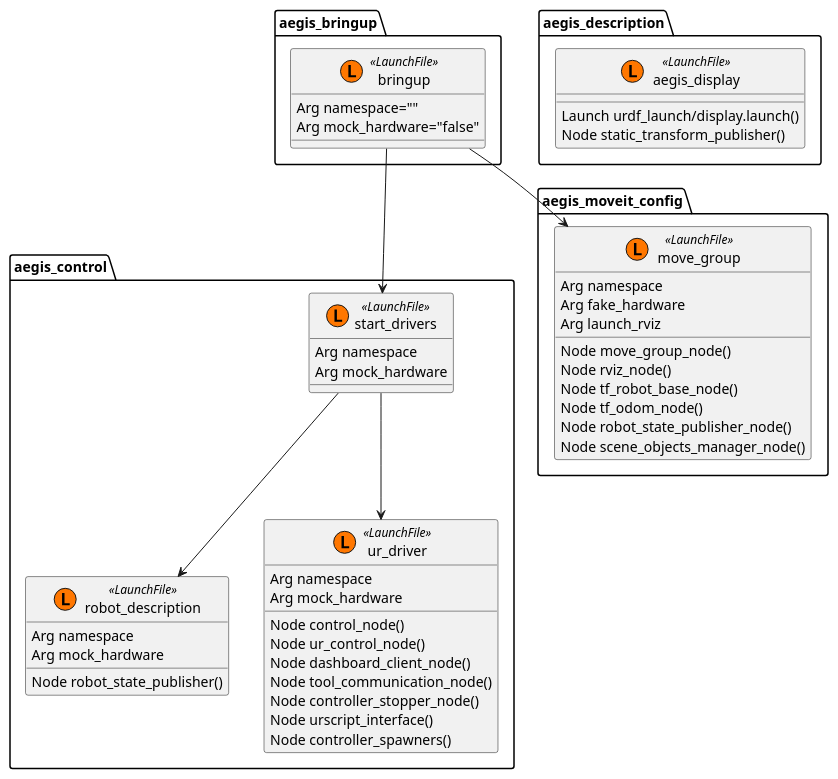
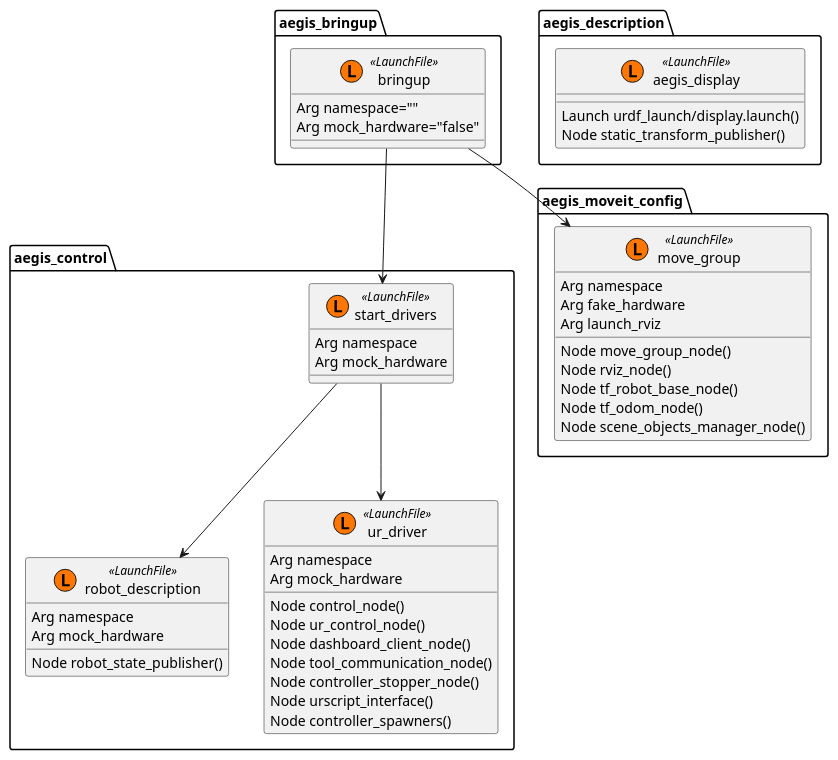
Before and after one commit to AGH-CEAI/aegis_ros: the diagram in aegis_bringup/README.md, drawn with PlantUML. The commit also changed 4 other files, not shown here.

Commit message:
cleanup of the robot_description node

````diff
--- a/aegis_bringup/README.md
+++ b/aegis_bringup/README.md
@@ -47,64 +47,63 @@
 ```plantuml
 @startuml Launch Files
 
 package aegis_bringup {
     class bringup << (L,#FF7700) LaunchFile >> {
         Arg namespace=""
         Arg mock_hardware="false"
     }
 }
 
 package aegis_control {
     class start_drivers << (L,#FF7700) LaunchFile >> {
         Arg namespace
         Arg mock_hardware
     }
     class robot_description << (L,#FF7700) LaunchFile >> {
         Arg namespace
         Arg mock_hardware
         Node robot_state_publisher()
     }
     class ur_driver << (L,#FF7700) LaunchFile >> {
         Arg namespace
         Arg mock_hardware
         Node control_node()
         Node ur_control_node()
         Node dashboard_client_node()
         Node tool_communication_node()
         Node controller_stopper_node()
         Node urscript_interface()
         Node controller_spawners()
     }
 
 }
 
 package aegis_description {
     class aegis_display << (L,#FF7700) LaunchFile >> {
         Launch urdf_launch/display.launch()
         Node static_transform_publisher()
     }
 }
 
 package aegis_moveit_config {
     class move_group << (L,#FF7700) LaunchFile >> {
         Arg namespace
         Arg fake_hardware
         Arg launch_rviz
         Node move_group_node()
         Node rviz_node()
         Node tf_robot_base_node()
         Node tf_odom_node()
-        Node robot_state_publisher_node()
         Node scene_objects_manager_node()
     }
 }
 
 
 aegis_bringup.bringup --> aegis_control.start_drivers
 aegis_bringup.bringup --> aegis_moveit_config.move_group
 aegis_control.start_drivers --> aegis_control.robot_description
 aegis_control.start_drivers --> aegis_control.ur_driver
 
 skinparam classAttributeIconSize 0
 @enduml
 ```
````
